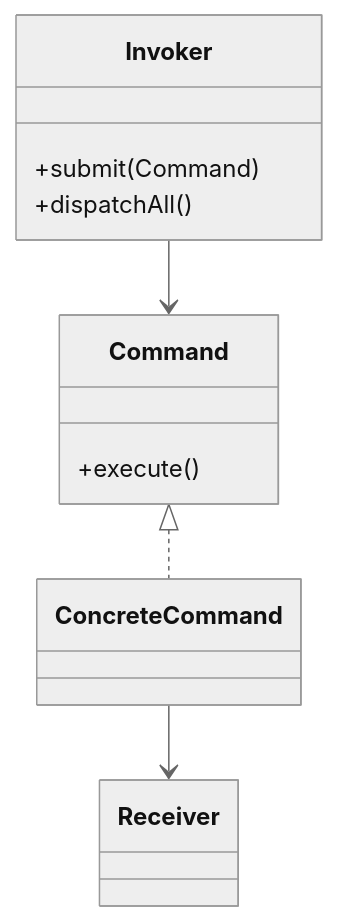
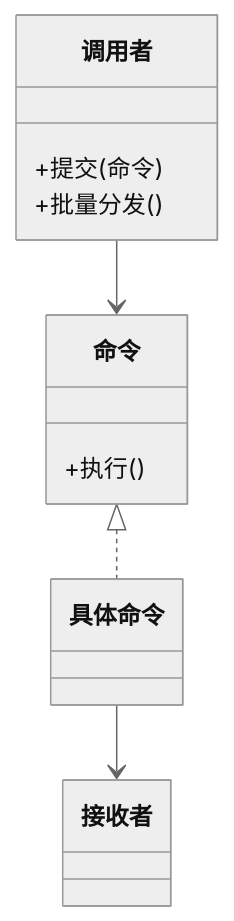
One commit to xlb3055/newBlog changed the diagram in src/设计模式/行为模式/命令模式.md. Above: the diagram before and after it, drawn with Mermaid (neutral theme). The commit also changed other lines of this file and 17 other files, not shown here.

````diff
--- a/src/设计模式/行为模式/命令模式.md
+++ b/src/设计模式/行为模式/命令模式.md
@@ -32,16 +32,16 @@
 ```mermaid
 classDiagram
-    class Command {
-      +execute()
+    class 命令 {
+      +执行()
     }
-    class ConcreteCommand
-    class Receiver
-    class Invoker {
-      +submit(Command)
-      +dispatchAll()
+    class 具体命令
+    class 接收者
+    class 调用者 {
+      +提交(命令)
+      +批量分发()
     }
 
-    Command <|.. ConcreteCommand
-    ConcreteCommand --> Receiver
-    Invoker --> Command
+    命令 <|.. 具体命令
+    具体命令 --> 接收者
+    调用者 --> 命令
 ```
````
